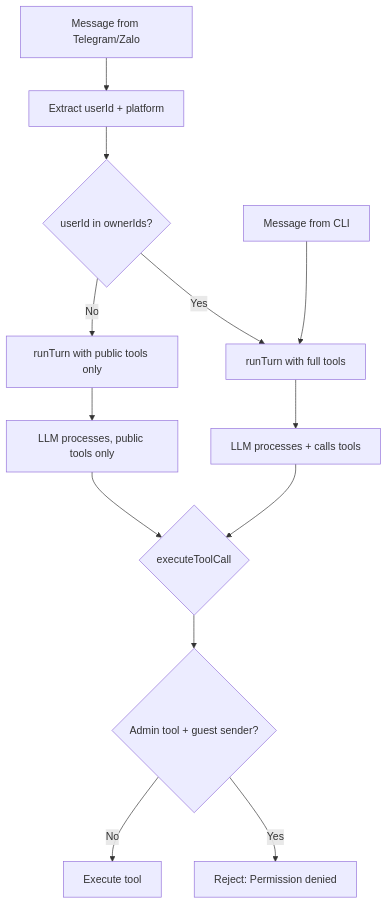
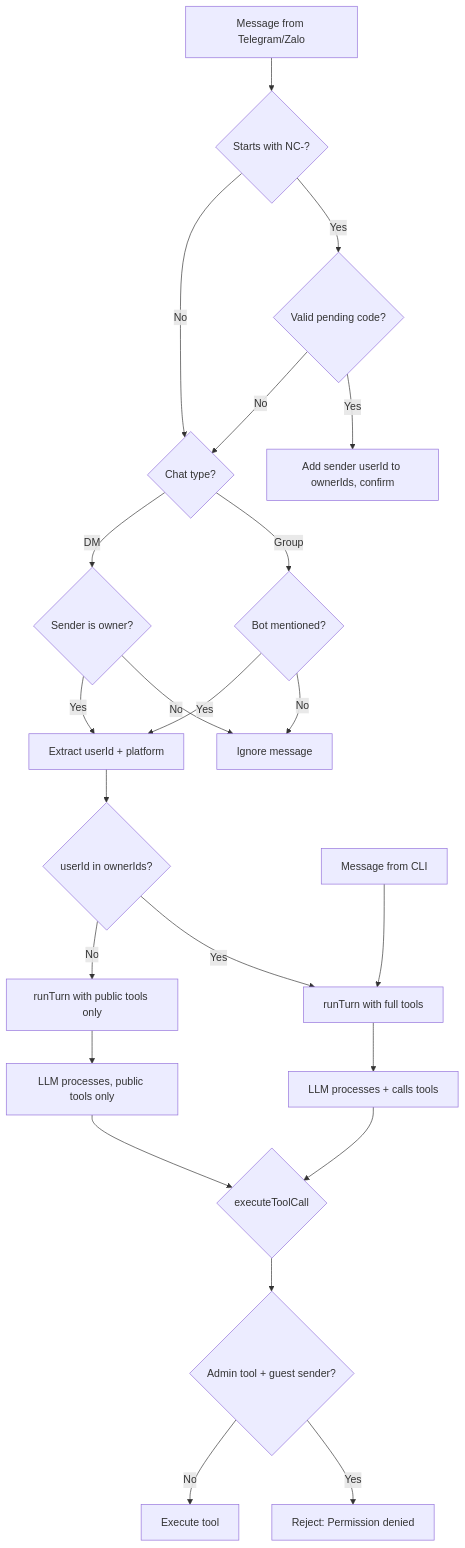
One commit to nax-handle/night-claw changed the first of 3 diagrams in plan/auth.md. Above: the diagram before and after it, drawn with Mermaid. The commit also changed other lines of this file, not shown here.

Commit message:
plan: identify the owner for auth

````diff
--- a/plan/auth.md
+++ b/plan/auth.md
@@ -142,15 +306,25 @@
 ```mermaid
 flowchart TD
-    MSG["Message from Telegram/Zalo"] --> EXTRACT["Extract userId + platform"]
+    MSG["Message from Telegram/Zalo"] --> CODE_CHECK{"Starts with NC-?"}
+    CODE_CHECK -->|Yes| VERIFY{"Valid pending code?"}
+    VERIFY -->|Yes| REGISTER["Add sender userId to ownerIds, confirm"]
+    VERIFY -->|No| FILTER
+    CODE_CHECK -->|No| FILTER{"Chat type?"}
+    FILTER -->|Group| MENTION{"Bot mentioned?"}
+    MENTION -->|No| IGNORE["Ignore message"]
+    MENTION -->|Yes| EXTRACT["Extract userId + platform"]
+    FILTER -->|DM| OWNER_CHECK{"Sender is owner?"}
+    OWNER_CHECK -->|No| IGNORE
+    OWNER_CHECK -->|Yes| EXTRACT
     EXTRACT --> CHECK{"userId in ownerIds?"}
     CHECK -->|Yes| OWNER["runTurn with full tools"]
     CHECK -->|No| GUEST["runTurn with public tools only"]
     OWNER --> LLM["LLM processes + calls tools"]
     GUEST --> LLM_GUEST["LLM processes, public tools only"]
     LLM --> EXEC{"executeToolCall"}
     LLM_GUEST --> EXEC
     EXEC --> PERM{"Admin tool + guest sender?"}
     PERM -->|Yes| DENY["Reject: Permission denied"]
     PERM -->|No| RUN["Execute tool"]
     CLI["Message from CLI"] --> OWNER
 ```
````
